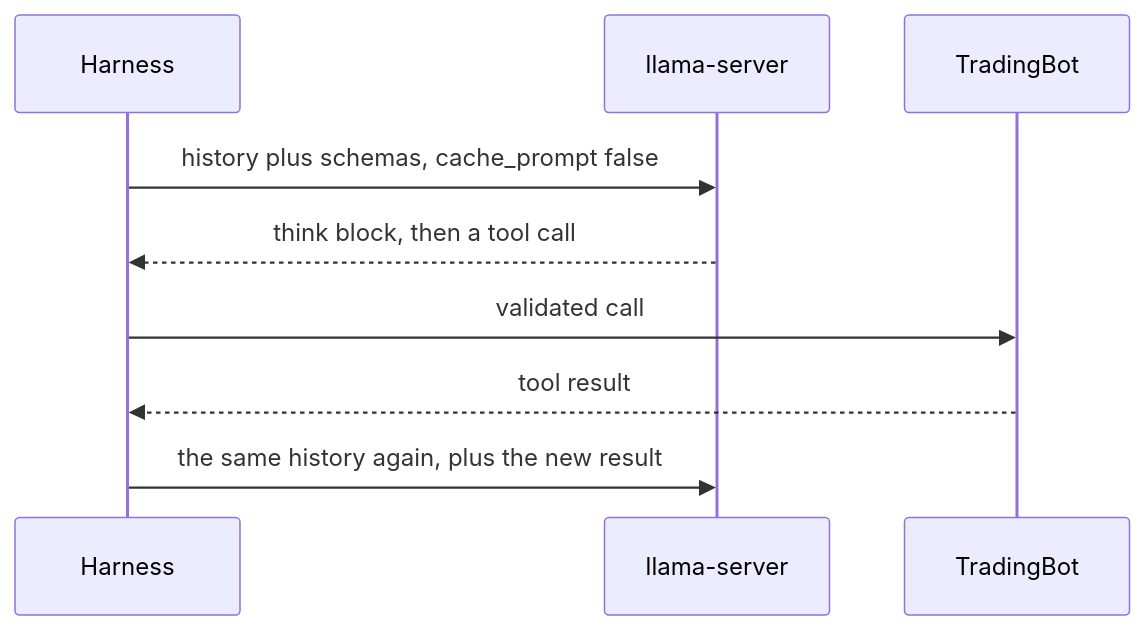
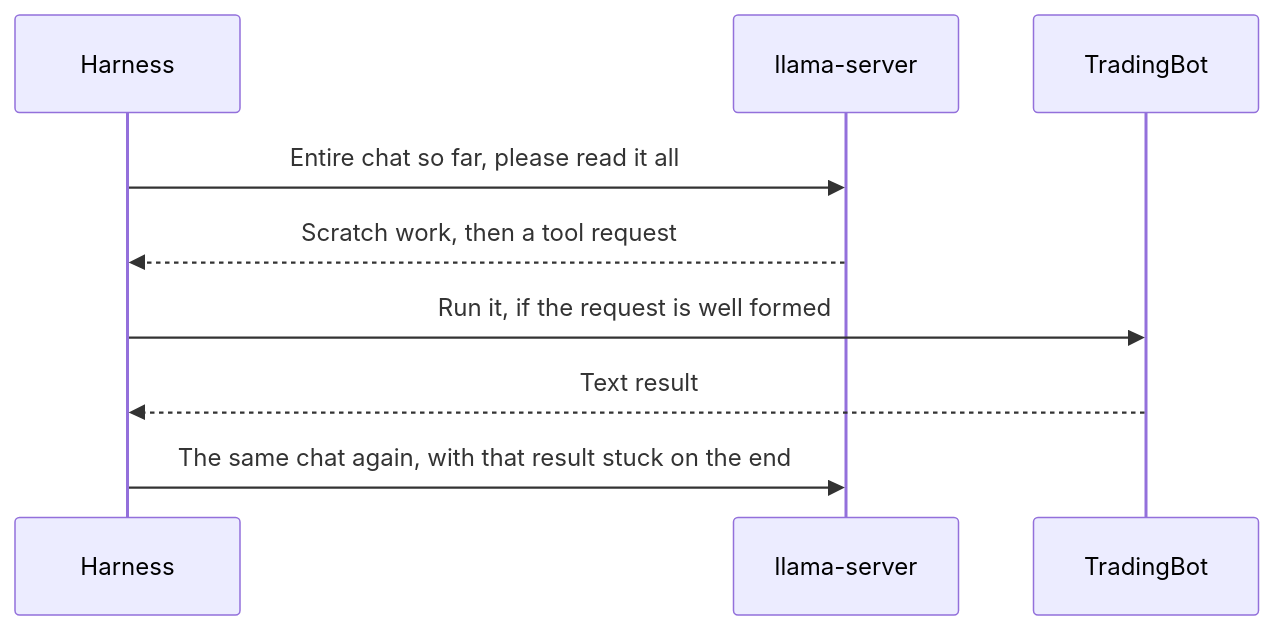
Before and after one commit to WajahatRiaz/g7a1-ai-edge-devices-project: the fifth of 6 diagrams in docs/Presentation.md, drawn with Mermaid. The commit also changed other lines of this file, not shown here.

````diff
--- a/docs/Presentation.md
+++ b/docs/Presentation.md
@@ -210,11 +309,11 @@
 ```mermaid
 sequenceDiagram
   participant H as Harness
   participant S as llama-server
   participant B as TradingBot
-  H->>S: history plus schemas, cache_prompt false
-  S-->>H: think block, then a tool call
-  H->>B: validated call
-  B-->>H: tool result
-  H->>S: the same history again, plus the new result
+  H->>S: Entire chat so far, please read it all
+  S-->>H: Scratch work, then a tool request
+  H->>B: Run it, if the request is well formed
+  B-->>H: Text result
+  H->>S: The same chat again, with that result stuck on the end
 ```
````
